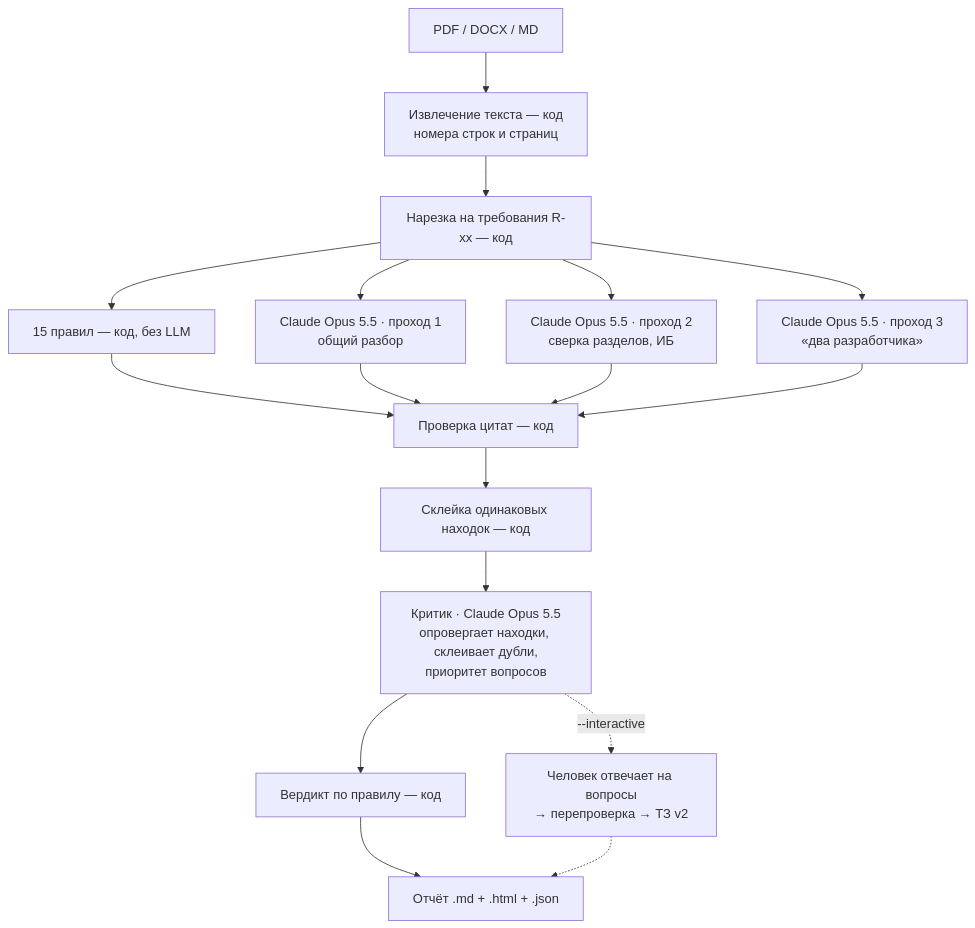
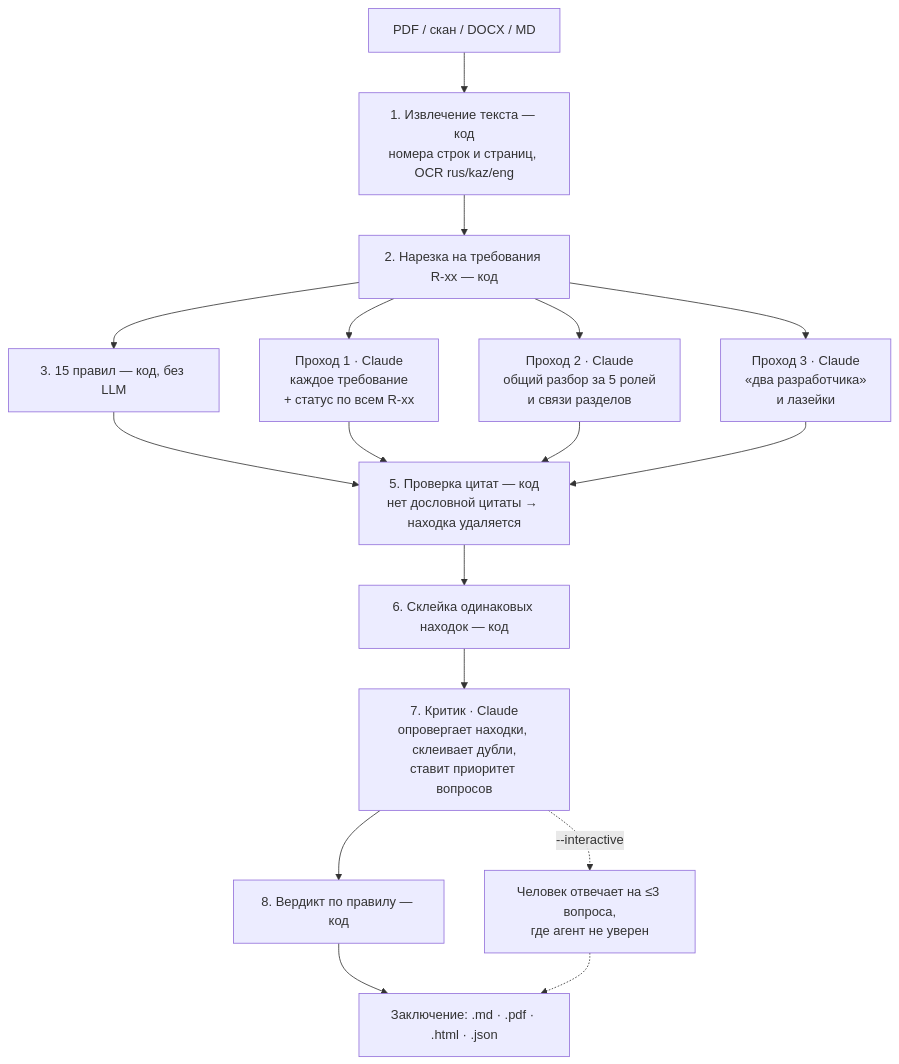
Before and after one commit to Aldibek/AI_agent_hack: the diagram in README.md, drawn with Mermaid. The commit also changed other lines of this file and 2 other files, not shown here.

Commit message:
README for the jury: result, architecture, run, .env, report, quality, limits

````diff
--- a/README.md
+++ b/README.md
@@ -11,19 +23,19 @@
 ```mermaid
 flowchart TD
-    IN[PDF / DOCX / MD] --> ING[Извлечение текста — код<br/>номера строк и страниц]
-    ING --> SEG[Нарезка на требования R-xx — код]
-    SEG --> RUL[15 правил — код, без LLM]
-    SEG --> R1[Claude Opus 5.5 · проход 1<br/>общий разбор]
-    SEG --> R2[Claude Opus 5.5 · проход 2<br/>сверка разделов, ИБ]
-    SEG --> R3[Claude Opus 5.5 · проход 3<br/>«два разработчика»]
-    RUL --> GR[Проверка цитат — код]
-    R1 --> GR
-    R2 --> GR
-    R3 --> GR
-    GR --> MRG[Склейка одинаковых находок — код]
-    MRG --> JDG[Критик · Claude Opus 5.5<br/>опровергает находки, склеивает дубли,<br/>приоритет вопросов]
-    JDG --> VER[Вердикт по правилу — код]
-    VER --> OUT[Отчёт .md + .html + .json]
-    JDG -. --interactive .-> HUM[Человек отвечает на вопросы<br/>→ перепроверка → ТЗ v2]
+    IN[PDF / скан / DOCX / MD] --> ING[1. Извлечение текста — код<br/>номера строк и страниц, OCR rus/kaz/eng]
+    ING --> SEG[2. Нарезка на требования R-xx — код]
+    SEG --> RUL[3. 15 правил — код, без LLM]
+    SEG --> P1[Проход 1 · Claude<br/>каждое требование<br/>+ статус по всем R-xx]
+    SEG --> P2[Проход 2 · Claude<br/>общий разбор за 5 ролей<br/>и связи разделов]
+    SEG --> P3[Проход 3 · Claude<br/>«два разработчика»<br/>и лазейки]
+    RUL --> GR[5. Проверка цитат — код<br/>нет дословной цитаты → находка удаляется]
+    P1 --> GR
+    P2 --> GR
+    P3 --> GR
+    GR --> MRG[6. Склейка одинаковых находок — код]
+    MRG --> CR[7. Критик · Claude<br/>опровергает находки, склеивает дубли,<br/>ставит приоритет вопросов]
+    CR --> VER[8. Вердикт по правилу — код]
+    VER --> OUT[Заключение: .md · .pdf · .html · .json]
+    CR -. --interactive .-> HUM[Человек отвечает на ≤3 вопроса,<br/>где агент не уверен]
     HUM -.-> OUT
 ```
````
